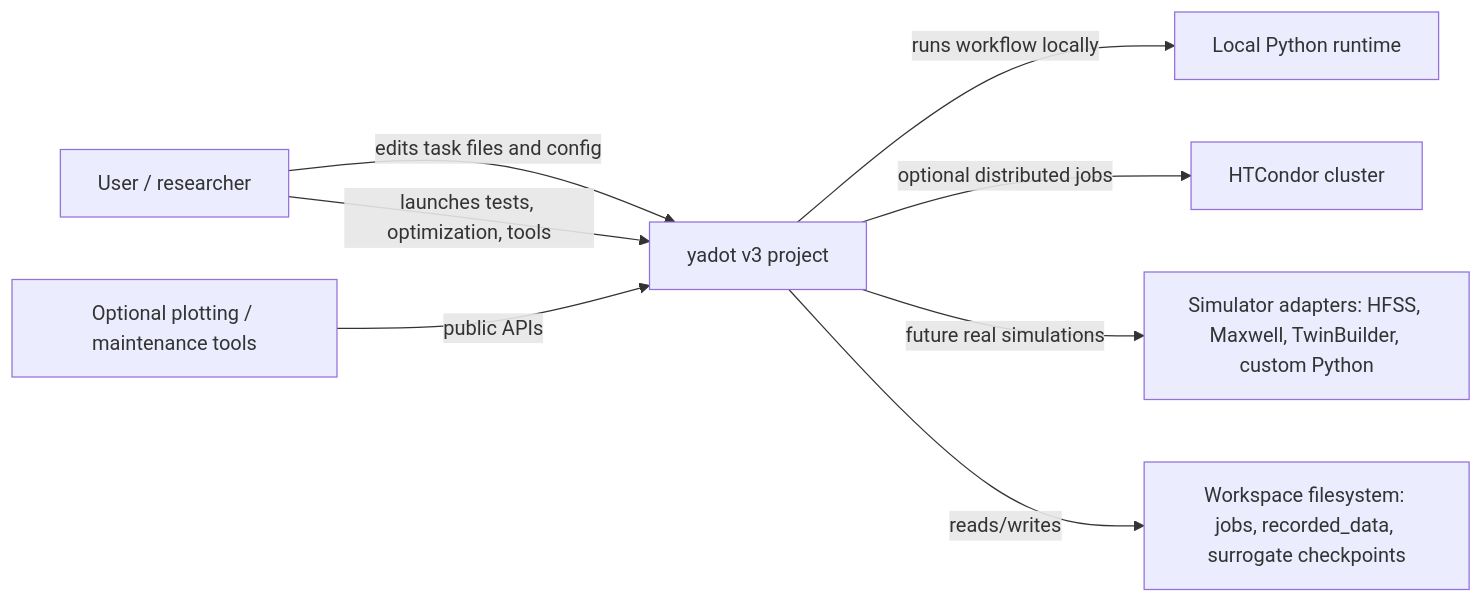
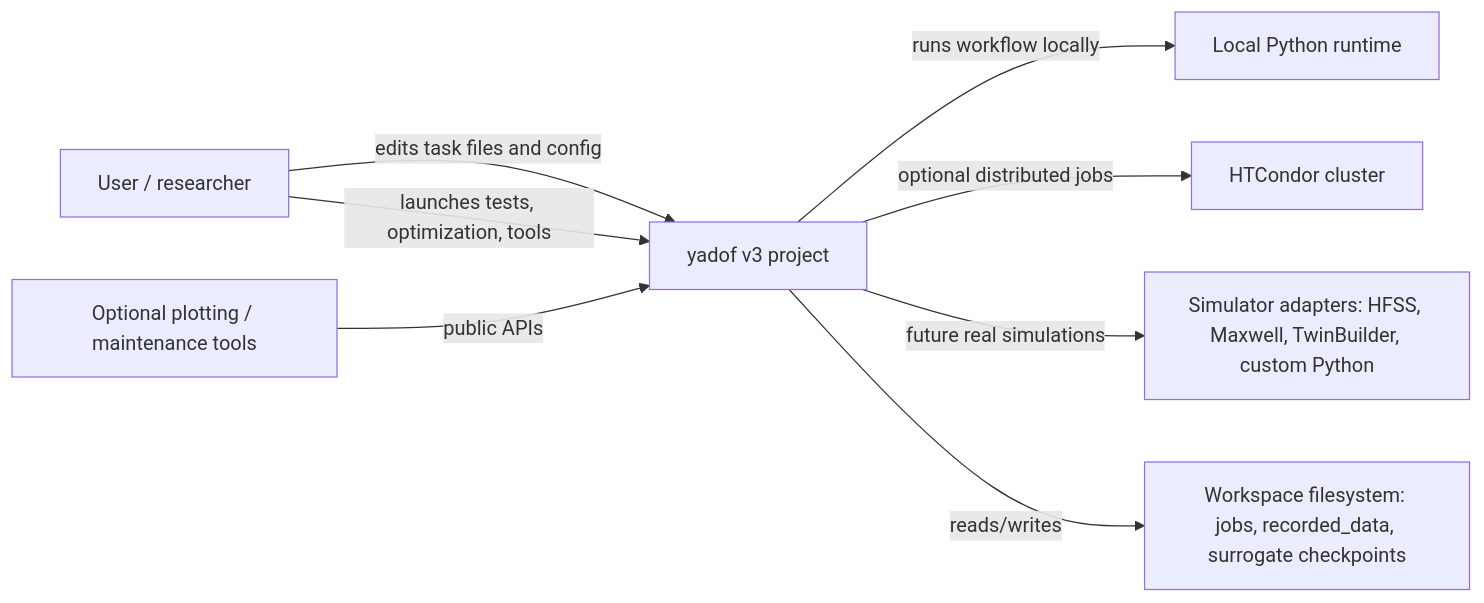
One commit to YS-Pan/yadof changed the diagram in dev_doc/architecture/c4_context.md. Above: the diagram before and after it, drawn with Mermaid. The commit also changed other lines of this file and 64 other files, not shown here.

````diff
--- a/dev_doc/architecture/c4_context.md
+++ b/dev_doc/architecture/c4_context.md
@@ -8,10 +8,10 @@
 ```mermaid
 flowchart LR
-    User["User / researcher"] -->|edits task files and config| Yadot["yadot v3 project"]
-    User -->|launches tests, optimization, tools| Yadot
-    Yadot -->|runs workflow locally| Python["Local Python runtime"]
-    Yadot -->|optional distributed jobs| HTCondor["HTCondor cluster"]
-    Yadot -->|future real simulations| Simulator["Simulator adapters: HFSS, Maxwell, TwinBuilder, custom Python"]
-    Yadot -->|reads/writes| FS["Workspace filesystem: jobs, recorded_data, surrogate checkpoints"]
-    Tools["Optional plotting / maintenance tools"] -->|public APIs| Yadot
+    User["User / researcher"] -->|edits task files and config| Yadof["yadof v3 project"]
+    User -->|launches tests, optimization, tools| Yadof
+    Yadof -->|runs workflow locally| Python["Local Python runtime"]
+    Yadof -->|optional distributed jobs| HTCondor["HTCondor cluster"]
+    Yadof -->|future real simulations| Simulator["Simulator adapters: HFSS, Maxwell, TwinBuilder, custom Python"]
+    Yadof -->|reads/writes| FS["Workspace filesystem: jobs, recorded_data, surrogate checkpoints"]
+    Tools["Optional plotting / maintenance tools"] -->|public APIs| Yadof
 ```
````
